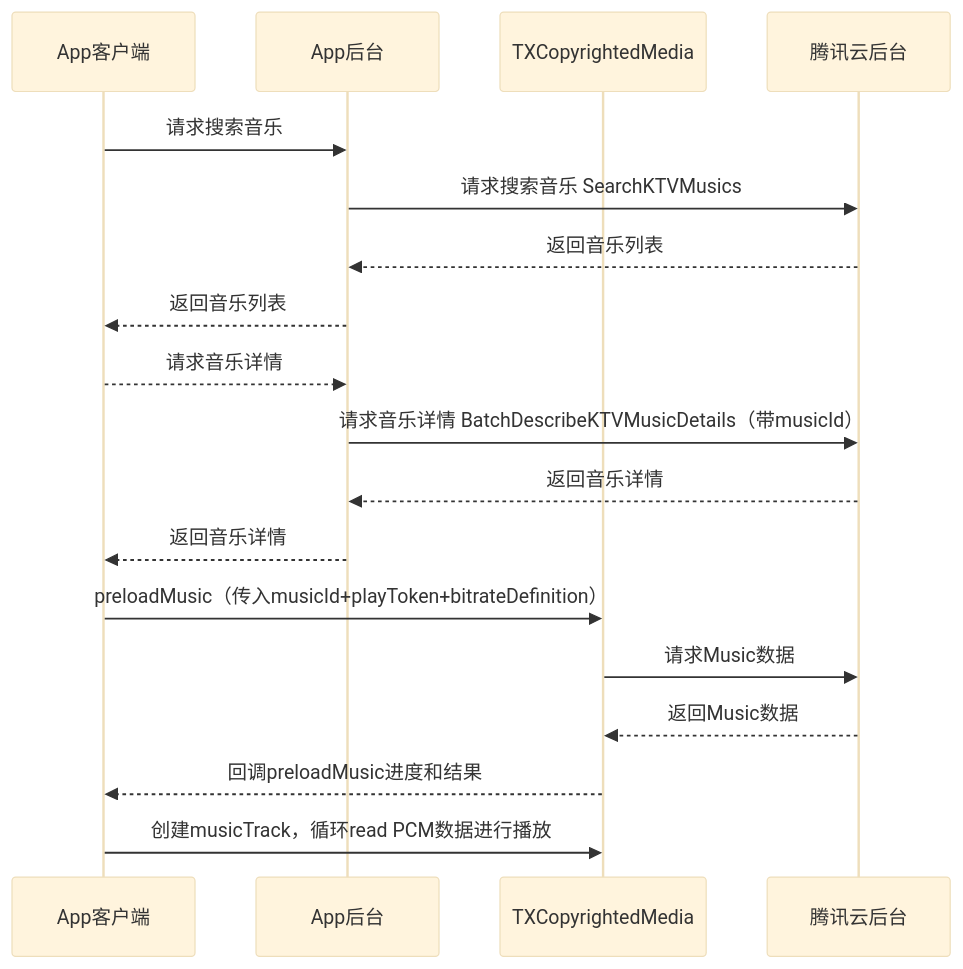
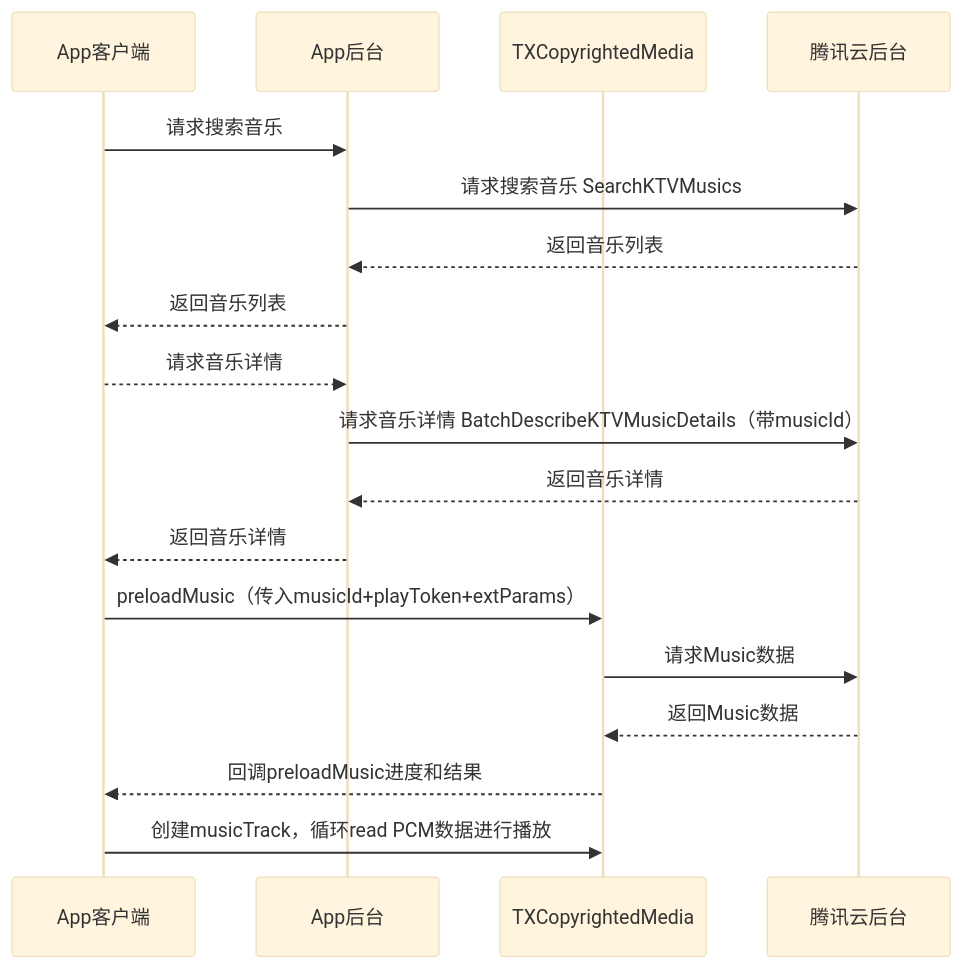
The diagram in iOS/YSD/README.md (tencentyun/ame-ktv-sdk), drawn with Mermaid (base theme) before and after one commit. The commit also changed other lines of this file and 18 other files, not shown here.

````diff
--- a/iOS/YSD/README.md
+++ b/iOS/YSD/README.md
@@ -12,23 +13,23 @@
 ```mermaid
 sequenceDiagram
 participant App客户端
 participant App后台
 participant TXCopyrightedMedia
 participant 腾讯云后台
 
 App客户端 ->> App后台:请求搜索音乐
 App后台 ->> 腾讯云后台:请求搜索音乐 SearchKTVMusics
 腾讯云后台 -->> App后台:返回音乐列表
 App后台 -->> App客户端:返回音乐列表
 
 App客户端 -->> App后台:请求音乐详情
 App后台 ->> 腾讯云后台:请求音乐详情 BatchDescribeKTVMusicDetails（带musicId）
 腾讯云后台 -->> App后台:返回音乐详情
 App后台 -->> App客户端:返回音乐详情
 
-App客户端 ->> TXCopyrightedMedia:preloadMusic（传入musicId+playToken+bitrateDefinition）
+App客户端 ->> TXCopyrightedMedia:preloadMusic（传入musicId+playToken+extParams）
 TXCopyrightedMedia ->> 腾讯云后台:请求Music数据
 腾讯云后台 -->> TXCopyrightedMedia:返回Music数据
 TXCopyrightedMedia -->> App客户端:回调preloadMusic进度和结果
 App客户端 ->> TXCopyrightedMedia:创建musicTrack，循环read PCM数据进行播放
 ```
````
